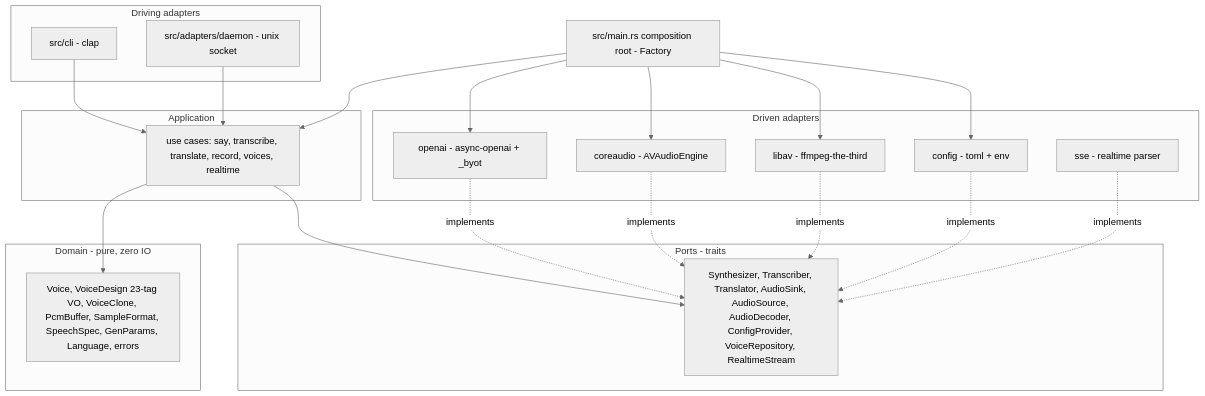
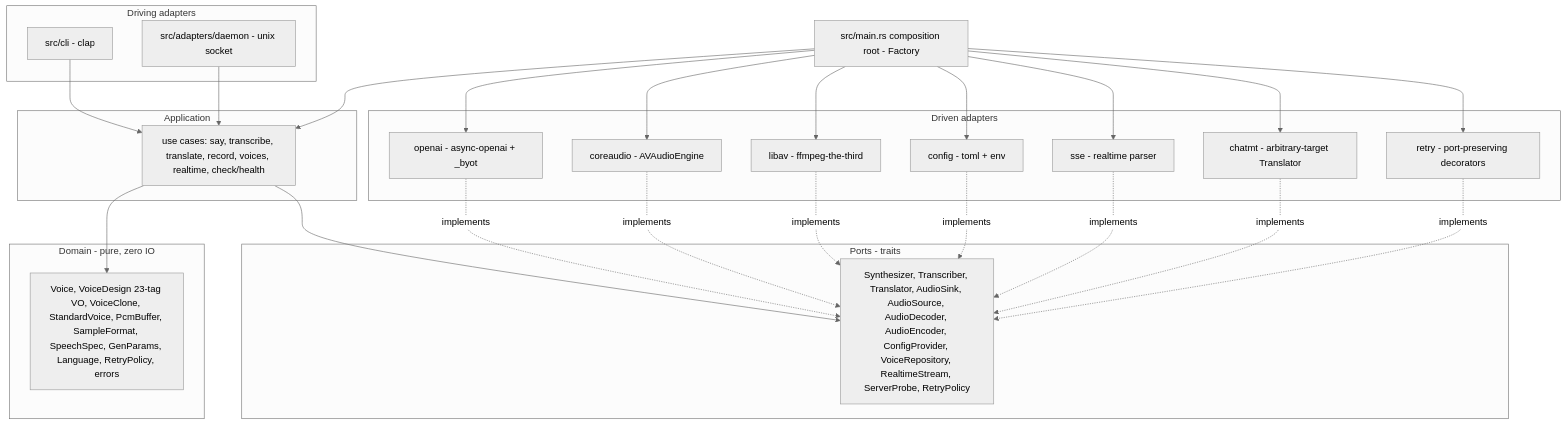
The diagram in docs/arch/sdd/001-speak-cli-speech-client-for-solaris-server/plan.md (farchanjo/speak), drawn with Mermaid (neutral theme) before and after one commit. The commit also changed other lines of this file and 1 other file, not shown here.

First line of the commit message:
docs(adr): complete Factory object graph and add ServerProbe port plus check use case

````diff
--- a/docs/arch/sdd/001-speak-cli-speech-client-for-solaris-server/plan.md
+++ b/docs/arch/sdd/001-speak-cli-speech-client-for-solaris-server/plan.md
@@ -46,37 +46,44 @@
 ```mermaid
 flowchart TD
     subgraph driving [Driving adapters]
       CLI[src/cli - clap]
       DSOCK[src/adapters/daemon - unix socket]
     end
     subgraph app [Application]
-      UC[use cases: say, transcribe, translate, record, voices, realtime]
+      UC[use cases: say, transcribe, translate, record, voices, realtime, check/health]
     end
     subgraph dom [Domain - pure, zero IO]
-      VO[Voice, VoiceDesign 23-tag VO, VoiceClone, PcmBuffer, SampleFormat, SpeechSpec, GenParams, Language, errors]
+      VO[Voice, VoiceDesign 23-tag VO, VoiceClone, StandardVoice, PcmBuffer, SampleFormat, SpeechSpec, GenParams, Language, RetryPolicy, errors]
     end
     subgraph ports [Ports - traits]
-      P[Synthesizer, Transcriber, Translator, AudioSink, AudioSource, AudioDecoder, ConfigProvider, VoiceRepository, RealtimeStream]
+      P[Synthesizer, Transcriber, Translator, AudioSink, AudioSource, AudioDecoder, AudioEncoder, ConfigProvider, VoiceRepository, RealtimeStream, ServerProbe, RetryPolicy]
     end
     subgraph driven [Driven adapters]
       OA[openai - async-openai + _byot]
       CA[coreaudio - AVAudioEngine]
       LA[libav - ffmpeg-the-third]
       CFG[config - toml + env]
       SSEA[sse - realtime parser]
+      CMT[chatmt - arbitrary-target Translator]
+      RTY[retry - port-preserving decorators]
     end
     CLI --> UC
     DSOCK --> UC
     UC --> VO
     UC --> P
     OA -.implements.-> P
     CA -.implements.-> P
     LA -.implements.-> P
     CFG -.implements.-> P
     SSEA -.implements.-> P
+    CMT -.implements.-> P
+    RTY -.implements.-> P
     ROOT[src/main.rs composition root - Factory] --> UC
     ROOT --> OA
     ROOT --> CA
     ROOT --> LA
     ROOT --> CFG
+    ROOT --> SSEA
+    ROOT --> CMT
+    ROOT --> RTY
 ```
````
